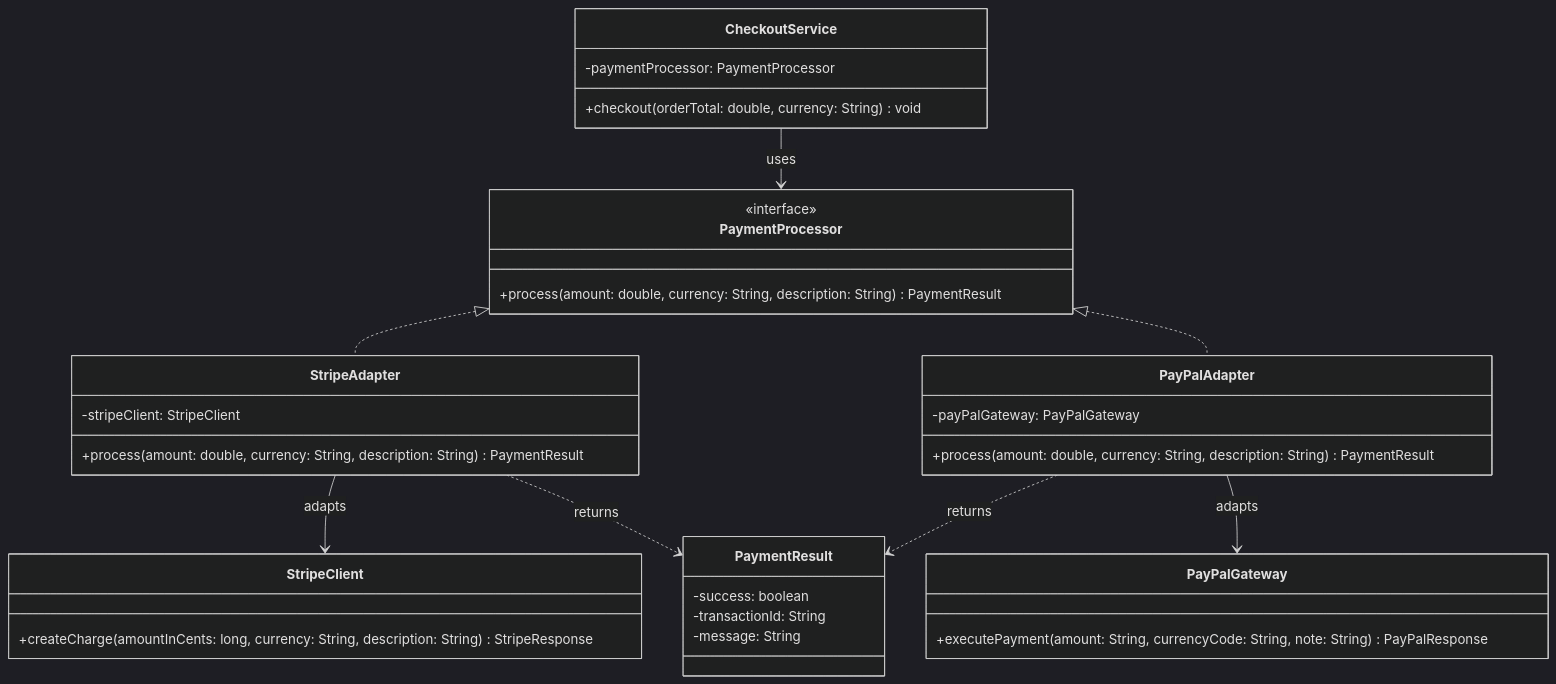
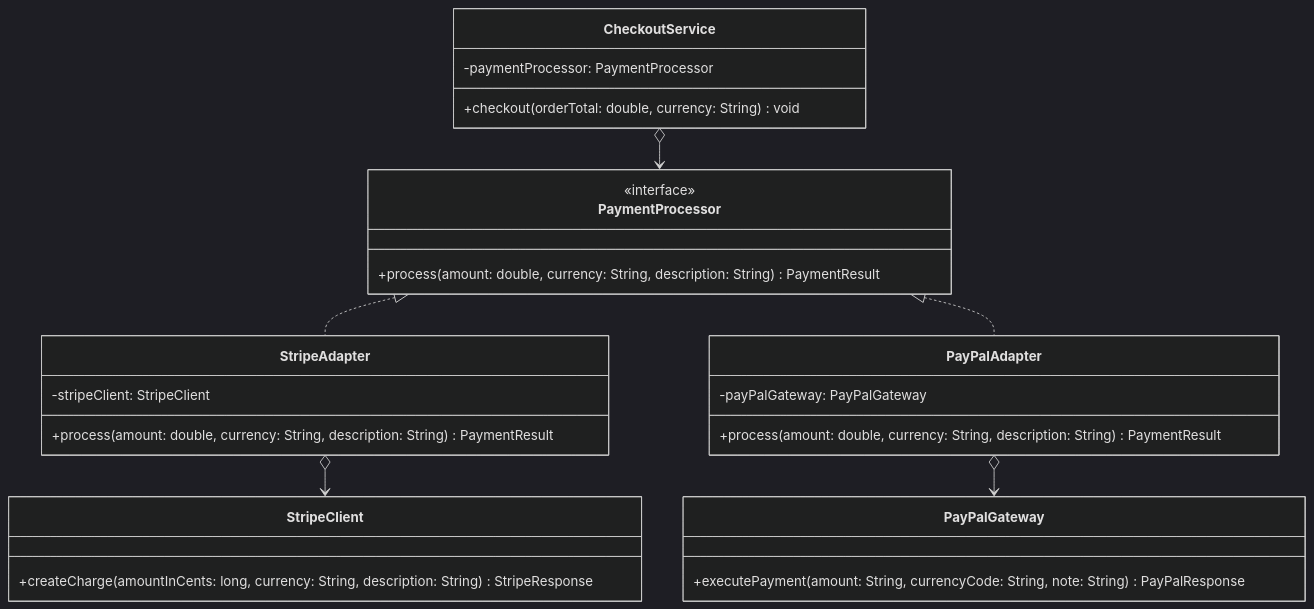
One commit to kubrck/LLD changed the diagram in src/adapter/README.md. Above: the diagram before and after it, drawn with Mermaid (dark theme). The commit also changed 10 other files, not shown here.

Commit message:
docs(uml): simplify all diagrams to only is-a and has-a relationships

````diff
--- a/src/adapter/README.md
+++ b/src/adapter/README.md
@@ -7,44 +7,36 @@
 ```mermaid
 classDiagram
     class PaymentProcessor {
         <<interface>>
         +process(amount: double, currency: String, description: String) PaymentResult
     }
 
     class StripeAdapter {
         -stripeClient: StripeClient
         +process(amount: double, currency: String, description: String) PaymentResult
     }
 
     class PayPalAdapter {
         -payPalGateway: PayPalGateway
         +process(amount: double, currency: String, description: String) PaymentResult
     }
 
     class StripeClient {
         +createCharge(amountInCents: long, currency: String, description: String) StripeResponse
     }
 
     class PayPalGateway {
         +executePayment(amount: String, currencyCode: String, note: String) PayPalResponse
     }
 
     class CheckoutService {
         -paymentProcessor: PaymentProcessor
         +checkout(orderTotal: double, currency: String) void
     }
 
-    class PaymentResult {
-        -success: boolean
-        -transactionId: String
-        -message: String
-    }
-
     PaymentProcessor <|.. StripeAdapter
     PaymentProcessor <|.. PayPalAdapter
-    StripeAdapter --> StripeClient : adapts
-    PayPalAdapter --> PayPalGateway : adapts
-    CheckoutService --> PaymentProcessor : uses
-    StripeAdapter ..> PaymentResult : returns
-    PayPalAdapter ..> PaymentResult : returns
+    StripeAdapter o--> StripeClient
+    PayPalAdapter o--> PayPalGateway
+    CheckoutService o--> PaymentProcessor
 ```
````
